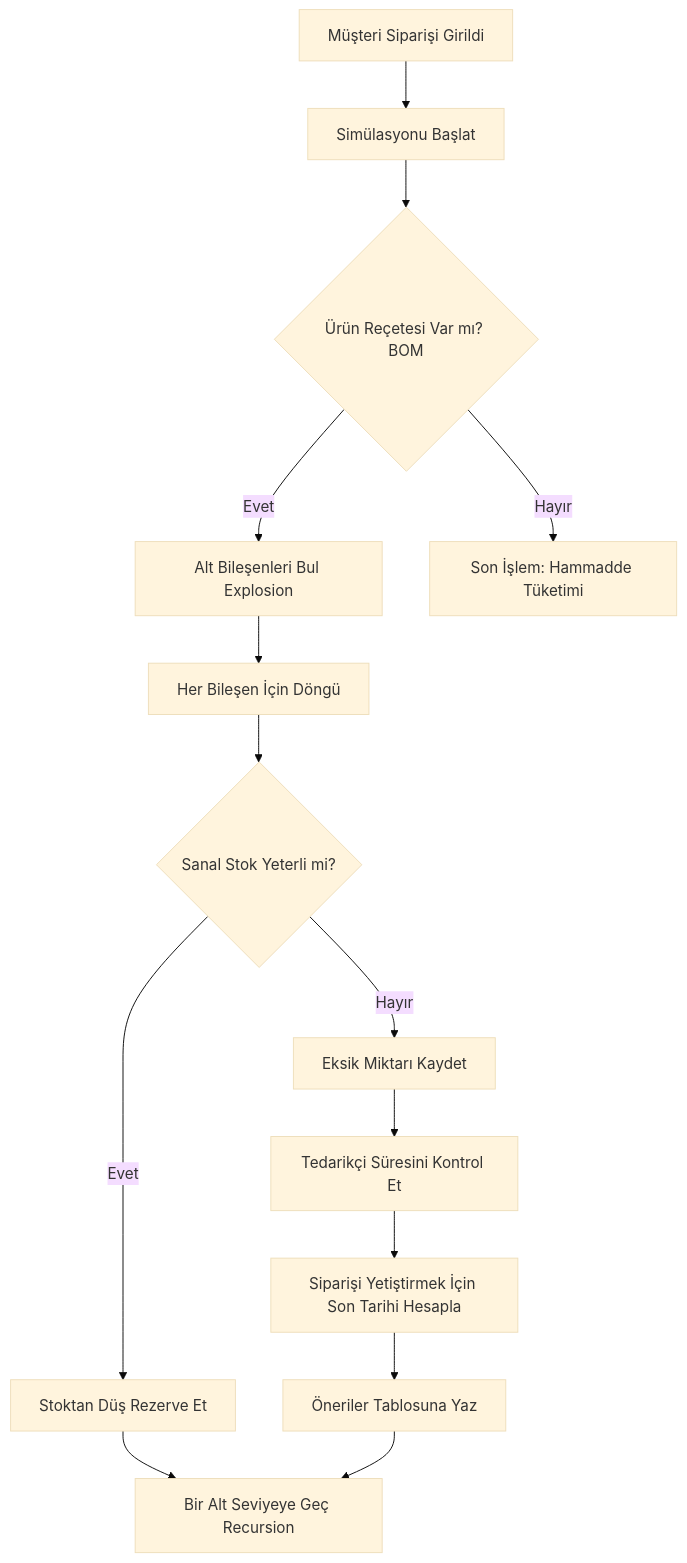
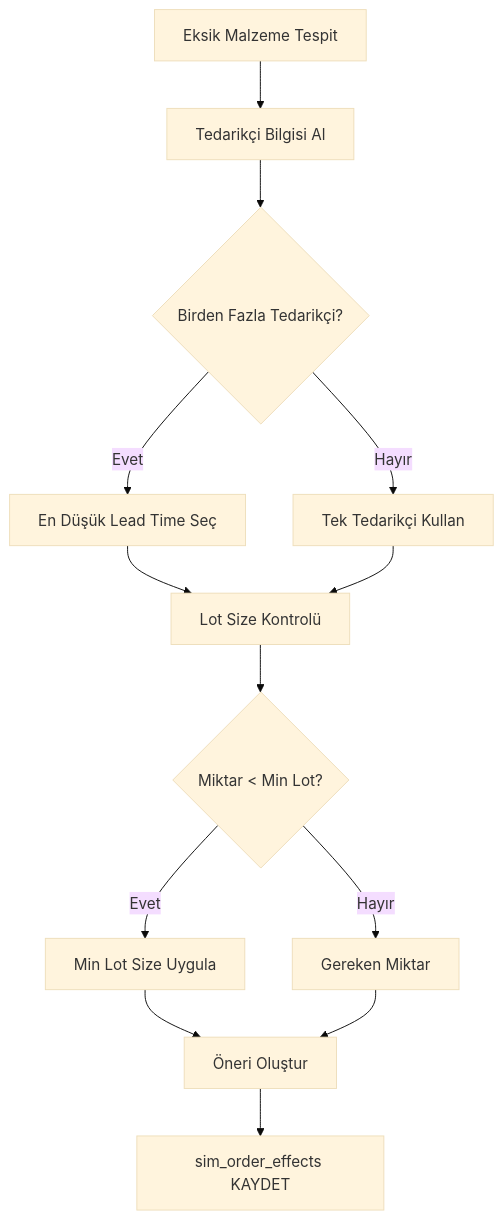
The fifth of 7 diagrams in AI_ML_SSL_MRP_V1.1.1/system_documentation/technical_reference/ORDER_MAPPING_PROCESS.md (ozkaleutku/AIERP_V1.1.1), drawn with Mermaid (base theme) before and after one commit. The commit also changed other lines of this file and 2 other files, not shown here.

Commit message:
order mapping

````diff
--- a/AI_ML_SSL_MRP_V1.1.1/system_documentation/technical_reference/ORDER_MAPPING_PROCESS.md
+++ b/AI_ML_SSL_MRP_V1.1.1/system_documentation/technical_reference/ORDER_MAPPING_PROCESS.md
@@ -36,21 +220,15 @@
 ```mermaid
 graph TD
-    A[Müşteri Siparişi Girildi] --> B[Simülasyonu Başlat]
-    B --> C{Ürün Reçetesi Var mı? BOM}
-    
-    C -- Evet --> D[Alt Bileşenleri Bul Explosion]
-    D --> E[Her Bileşen İçin Döngü]
-    
-    E --> F{Sanal Stok Yeterli mi?}
-    F -- Evet --> G[Stoktan Düş Rezerve Et]
-    F -- Hayır --> H[Eksik Miktarı Kaydet]
-    
-    H --> I[Tedarikçi Süresini Kontrol Et]
-    I --> J[Siparişi Yetiştirmek İçin Son Tarihi Hesapla]
-    J --> K[Öneriler Tablosuna Yaz]
-    
-    G --> L[Bir Alt Seviyeye Geç Recursion]
-    K --> L
-    
-    C -- Hayır --> M[Son İşlem: Hammadde Tüketimi]
+    A[Eksik Malzeme Tespit] --> B[Tedarikçi Bilgisi Al]
+    B --> C{Birden Fazla Tedarikçi?}
+    C -- Evet --> D[En Düşük Lead Time Seç]
+    C -- Hayır --> E[Tek Tedarikçi Kullan]
+    D --> F[Lot Size Kontrolü]
+    E --> F
+    F --> G{Miktar < Min Lot?}
+    G -- Evet --> H[Min Lot Size Uygula]
+    G -- Hayır --> I[Gereken Miktar]
+    H --> J[Öneri Oluştur]
+    I --> J
+    J --> K[sim_order_effects KAYDET]
 ```
````
